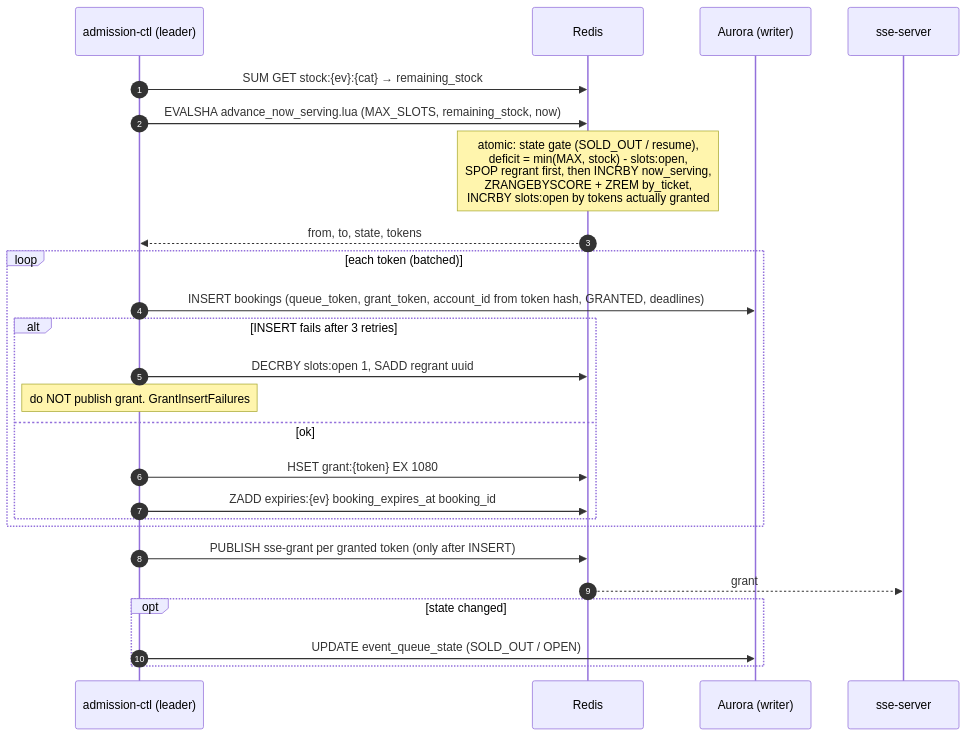
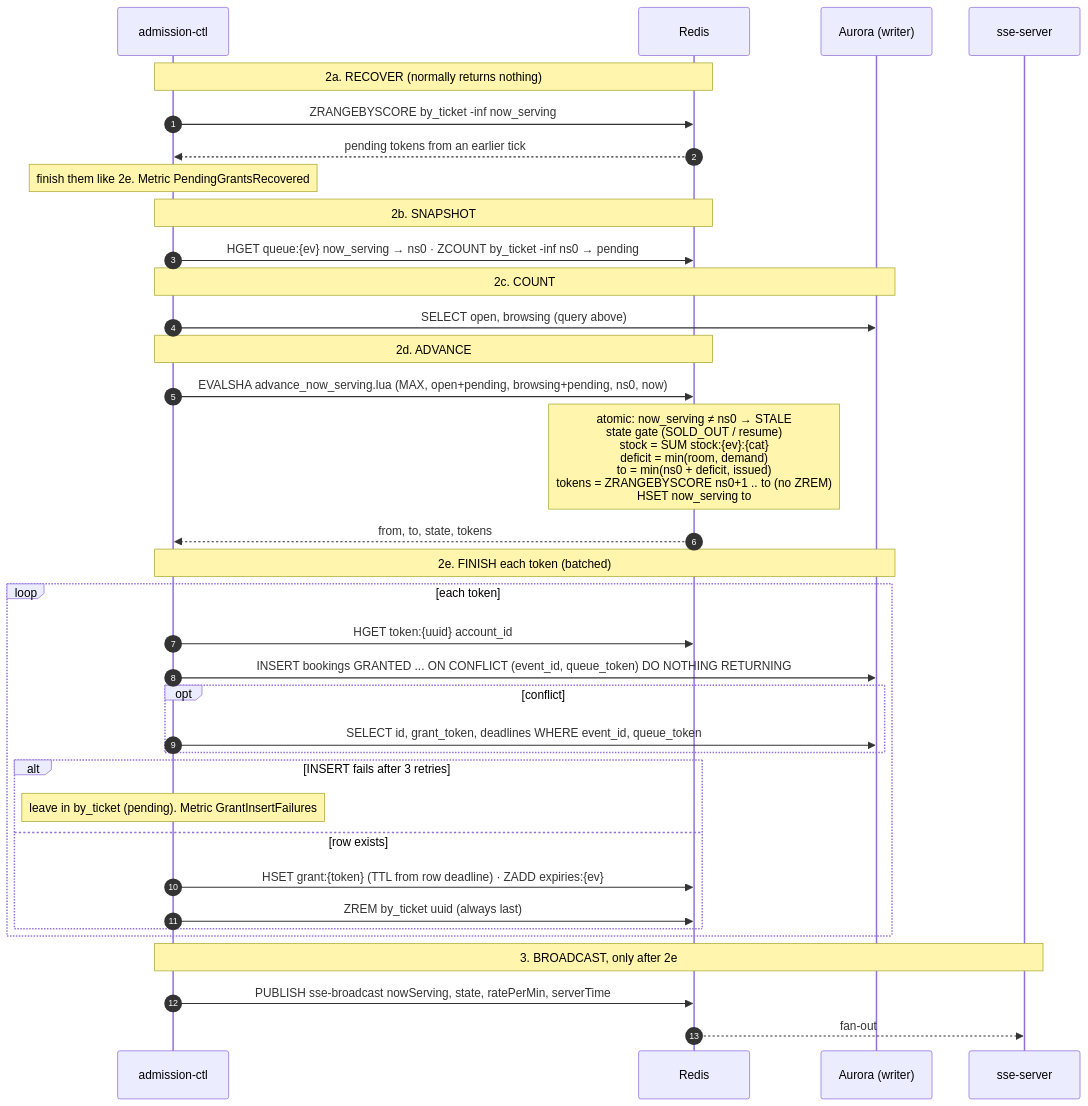
One commit to PTServerJanganTumbang-BookingTicket/be-rusuh-war-ticketing changed the third of 4 diagrams in docs/04-queue/05-admission-controller.md. Above: the diagram before and after it, drawn with Mermaid. The commit also changed other lines of this file and 19 other files, not shown here.

````diff
--- a/docs/04-queue/05-admission-controller.md
+++ b/docs/04-queue/05-admission-controller.md
@@ -47,30 +145,43 @@
 ```mermaid
 sequenceDiagram
     autonumber
-    participant CTL as admission-ctl (leader)
+    participant CTL as admission-ctl
     participant R as Redis
     participant DB as Aurora (writer)
     participant SSE as sse-server
 
-    CTL->>R: SUM GET stock:{ev}:{cat} → remaining_stock
-    CTL->>R: EVALSHA advance_now_serving.lua (MAX_SLOTS, remaining_stock, now)
-    Note over R: atomic: state gate (SOLD_OUT / resume),<br/>deficit = min(MAX, stock) - slots:open,<br/>SPOP regrant first, then INCRBY now_serving,<br/>ZRANGEBYSCORE + ZREM by_ticket,<br/>INCRBY slots:open by tokens actually granted
+    Note over CTL,R: 2a. RECOVER (normally returns nothing)
+    CTL->>R: ZRANGEBYSCORE by_ticket -inf now_serving
+    R-->>CTL: pending tokens from an earlier tick
+    Note over CTL: finish them like 2e. Metric PendingGrantsRecovered
+
+    Note over CTL,R: 2b. SNAPSHOT
+    CTL->>R: HGET queue:{ev} now_serving → ns0 · ZCOUNT by_ticket -inf ns0 → pending
+
+    Note over CTL,DB: 2c. COUNT
+    CTL->>DB: SELECT open, browsing (query above)
+
+    Note over CTL,R: 2d. ADVANCE
+    CTL->>R: EVALSHA advance_now_serving.lua (MAX, open+pending, browsing+pending, ns0, now)
+    Note over R: atomic: now_serving ≠ ns0 → STALE<br/>state gate (SOLD_OUT / resume)<br/>stock = SUM stock:{ev}:{cat}<br/>deficit = min(room, demand)<br/>to = min(ns0 + deficit, issued)<br/>tokens = ZRANGEBYSCORE ns0+1 .. to (no ZREM)<br/>HSET now_serving to
     R-->>CTL: from, to, state, tokens
 
-    loop each token (batched)
-        CTL->>DB: INSERT bookings (queue_token, grant_token, account_id from token hash, GRANTED, deadlines)
+    Note over CTL,DB: 2e. FINISH each token (batched)
+    loop each token
+        CTL->>R: HGET token:{uuid} account_id
+        CTL->>DB: INSERT bookings GRANTED ... ON CONFLICT (event_id, queue_token) DO NOTHING RETURNING
+        opt conflict
+            CTL->>DB: SELECT id, grant_token, deadlines WHERE event_id, queue_token
+        end
         alt INSERT fails after 3 retries
-            CTL->>R: DECRBY slots:open 1, SADD regrant uuid
-            Note over CTL: do NOT publish grant. GrantInsertFailures
-        else ok
-            CTL->>R: HSET grant:{token} EX 1080
-            CTL->>R: ZADD expiries:{ev} booking_expires_at booking_id
+            Note over CTL: leave in by_ticket (pending). Metric GrantInsertFailures
+        else row exists
+            CTL->>R: HSET grant:{token} (TTL from row deadline) · ZADD expiries:{ev}
+            CTL->>R: ZREM by_ticket uuid (always last)
         end
     end
 
-    CTL->>R: PUBLISH sse-grant per granted token (only after INSERT)
-    R-->>SSE: grant
-    opt state changed
-        CTL->>DB: UPDATE event_queue_state (SOLD_OUT / OPEN)
-    end
+    Note over CTL,SSE: 3. BROADCAST, only after 2e
+    CTL->>R: PUBLISH sse-broadcast nowServing, state, ratePerMin, serverTime
+    R-->>SSE: fan-out
 ```
````
